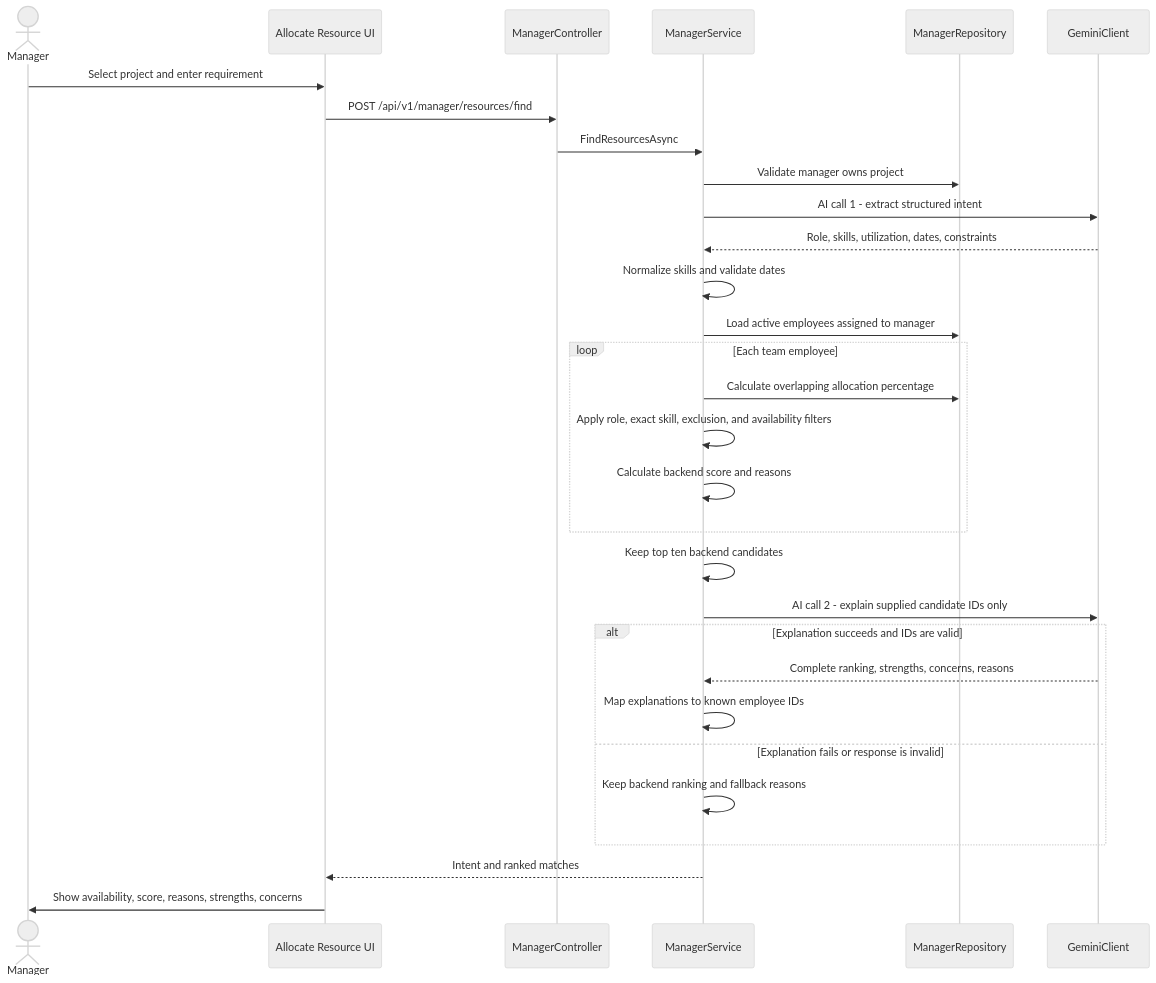
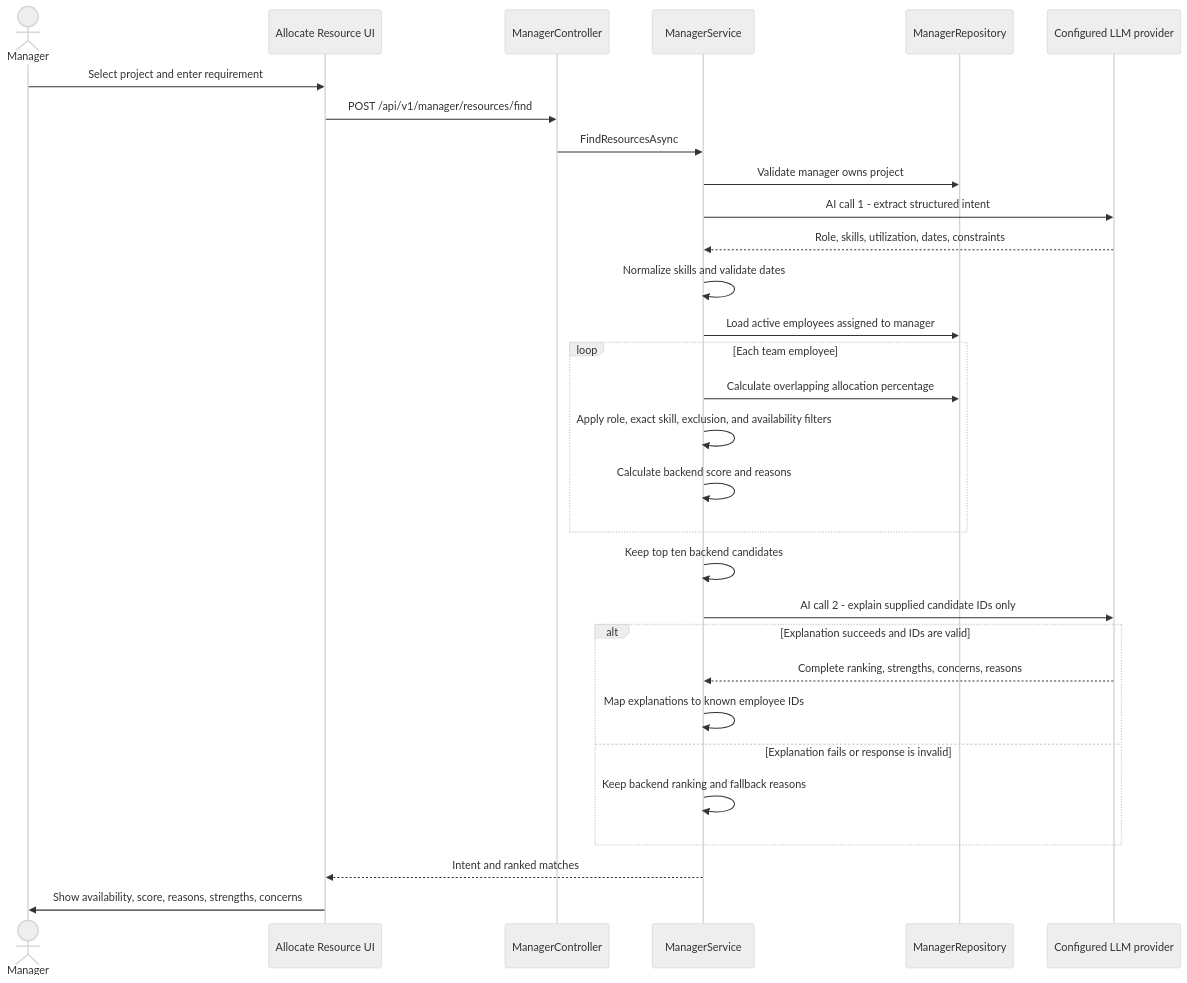
Diagram 13 of 17 in ResourceMindAi/readme.md (AayushGargITT/AayushGarg-LearnCode-2025-26), drawn with Mermaid (neutral theme) before and after one commit. The commit also changed other lines of this file and 19 other files, not shown here.

````diff
--- a/ResourceMindAi/readme.md
+++ b/ResourceMindAi/readme.md
@@ -621,37 +638,37 @@
 ```mermaid
 sequenceDiagram
     actor Manager
     participant UI as Allocate Resource UI
     participant API as ManagerController
     participant Service as ManagerService
     participant Repo as ManagerRepository
-    participant LLM as GeminiClient
+    participant LLM as Configured LLM provider
 
     Manager->>UI: Select project and enter requirement
     UI->>API: POST /api/v1/manager/resources/find
     API->>Service: FindResourcesAsync
     Service->>Repo: Validate manager owns project
     Service->>LLM: AI call 1 - extract structured intent
     LLM-->>Service: Role, skills, utilization, dates, constraints
     Service->>Service: Normalize skills and validate dates
     Service->>Repo: Load active employees assigned to manager
 
     loop Each team employee
         Service->>Repo: Calculate overlapping allocation percentage
         Service->>Service: Apply role, exact skill, exclusion, and availability filters
         Service->>Service: Calculate backend score and reasons
     end
 
     Service->>Service: Keep top ten backend candidates
     Service->>LLM: AI call 2 - explain supplied candidate IDs only
 
     alt Explanation succeeds and IDs are valid
         LLM-->>Service: Complete ranking, strengths, concerns, reasons
         Service->>Service: Map explanations to known employee IDs
     else Explanation fails or response is invalid
         Service->>Service: Keep backend ranking and fallback reasons
     end
 
     Service-->>UI: Intent and ranked matches
     UI->>Manager: Show availability, score, reasons, strengths, concerns
 ```
````
